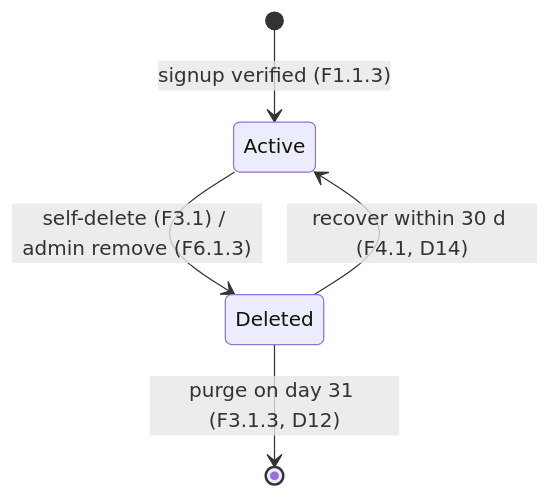
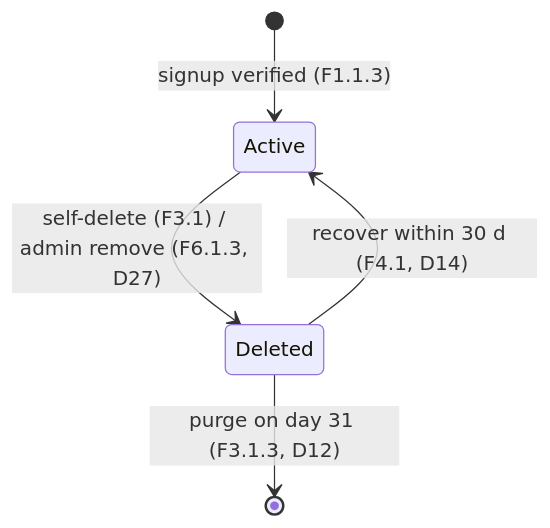
Before and after one commit to AY2627S1-CS3219-P23/foc: the fifth of 9 diagrams in docs/d2-design.md, drawn with Mermaid. The commit also changed other lines of this file and 3 other files, not shown here.

````diff
--- a/docs/d2-design.md
+++ b/docs/d2-design.md
@@ -198,7 +229,7 @@
 ```mermaid
 stateDiagram-v2
     [*] --> Active: signup verified (F1.1.3)
-    Active --> Deleted: self-delete (F3.1) / admin remove (F6.1.3)
+    Active --> Deleted: self-delete (F3.1) / admin remove (F6.1.3, D27)
     Deleted --> Active: recover within 30 d (F4.1, D14)
     Deleted --> [*]: purge on day 31 (F3.1.3, D12)
 ```
````
